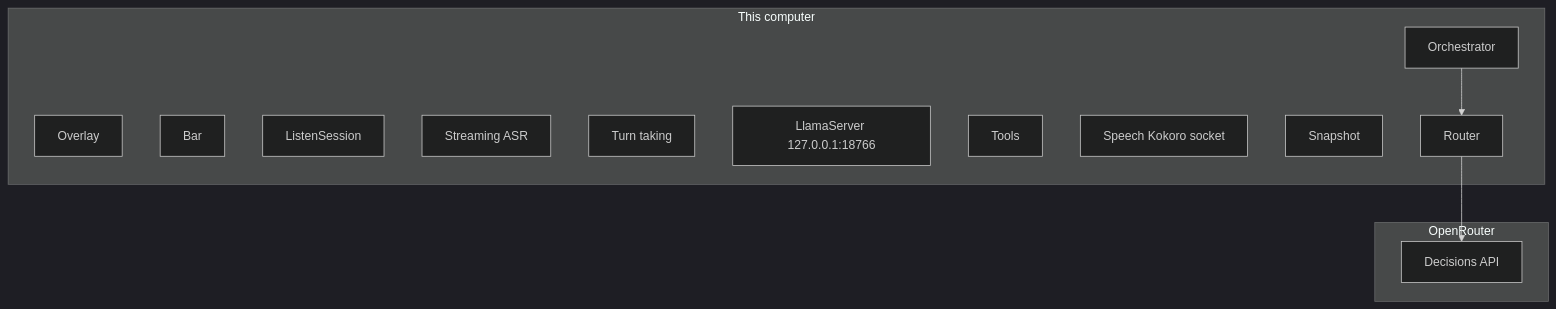
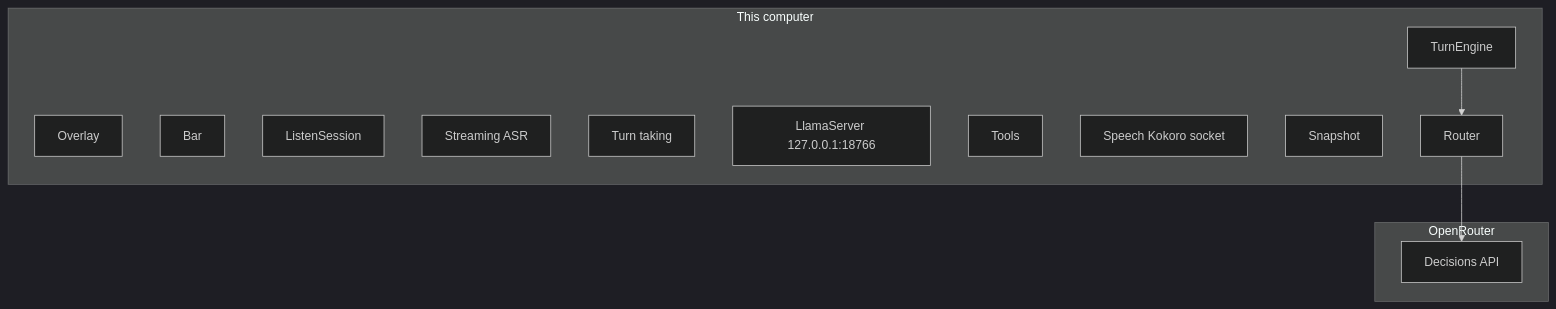
One commit to Janarthanam/agavai changed the second of 4 diagrams in docs/flow.md. Above: the diagram before and after it, drawn with Mermaid (dark theme). The commit also changed other lines of this file and 14 other files, not shown here.

Commit message:
Align architecture and runtime docs with the Agavai harness

````diff
--- a/docs/flow.md
+++ b/docs/flow.md
@@ -67,21 +86,21 @@
 ```mermaid
 flowchart TB
   subgraph thisMachine [This computer]
     Overlay
     Bar
     ListenSession
     StreamingAsr[Streaming ASR]
     TurnTaking[Turn taking]
-    Orchestrator
+    TurnEngine
     LlamaServer["LlamaServer 127.0.0.1:18766"]
     Tools
     Speech["Speech Kokoro socket"]
     Snapshot
     Router
   end
   subgraph openRouter [OpenRouter]
     Jev["Decisions API"]
   end
-  Orchestrator --> Router
+  TurnEngine --> Router
   Router --> Jev
 ```
````
